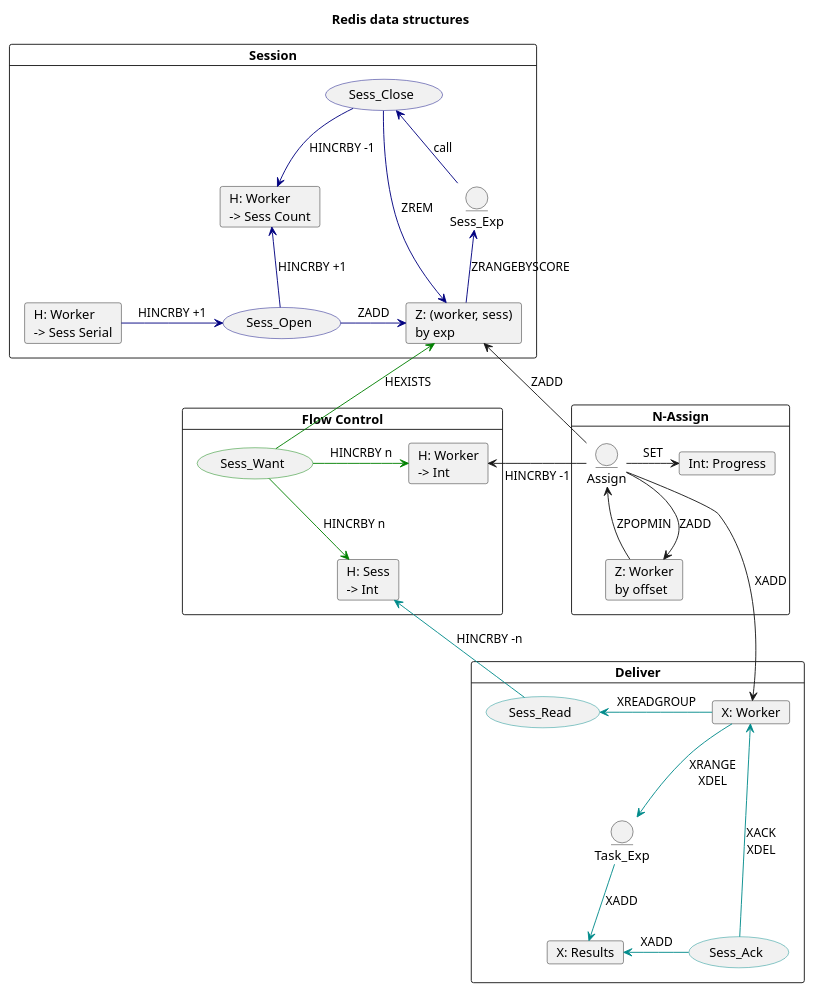
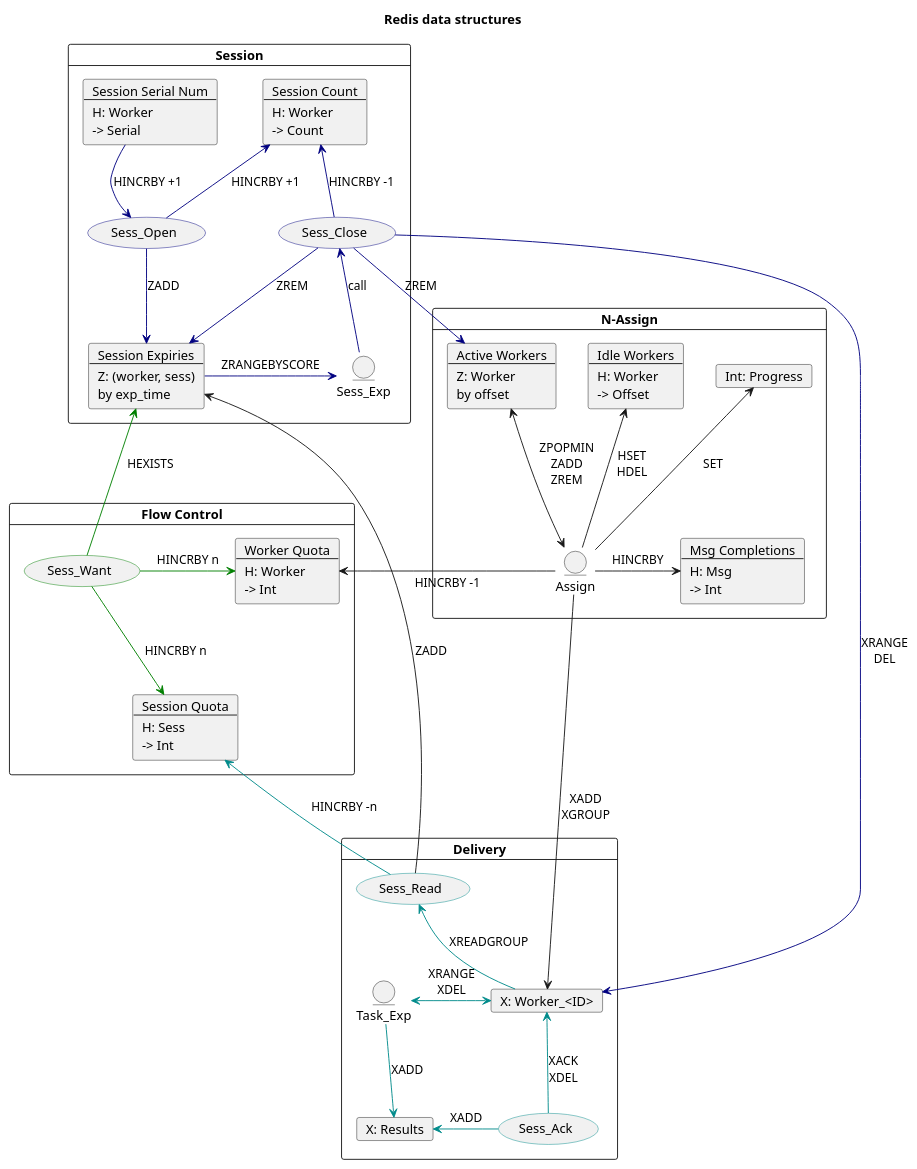
Before and after one commit to od2/hive: the diagram in docs/redis_keys.puml, drawn with PlantUML. The commit also changed 14 other files, not shown here.

```diff
--- a/docs/redis_keys.puml
+++ b/docs/redis_keys.puml
@@ -1,94 +1,126 @@
 @startuml
 
 title Redis data structures
 
 hide stereotype
 skinparam usecase {
   BorderColor<<Session>> Navy
   BorderColor<<Flow>> Green
   BorderColor<<Deliver>> DarkCyan
 }
 
 card Session {
   card H_Sess_Serial [
+    Session Serial Num
+    ---
     H: Worker
-    -> Sess Serial
+    -> Serial
   ]
   card H_Sess_Count [
+    Session Count
+    ---
     H: Worker
-    -> Sess Count
+    -> Count
   ]
   card Z_Sess_Exp [
+    Session Expiries
+    ---
     Z: (worker, sess)
-    by exp
+    by exp_time
   ]
 
   usecase Sess_Open <<Session>>
   usecase Sess_Close <<Session>>
   entity Sess_Exp <<Session>>
 
-  H_Sess_Serial -[#Navy]> Sess_Open: HINCRBY +1
+  H_Sess_Serial --[#Navy]> Sess_Open: HINCRBY +1
   H_Sess_Count <-[#Navy]- Sess_Open: HINCRBY +1
   Sess_Open -[#Navy]> Z_Sess_Exp: ZADD
-  Sess_Close --[#Navy]> Z_Sess_Exp: ZREM
-  Sess_Close --[#Navy]> H_Sess_Count: HINCRBY -1
-  Sess_Exp <-[#Navy]- Z_Sess_Exp: ZRANGEBYSCORE
+  Sess_Close -[#Navy]> Z_Sess_Exp: ZREM
+  H_Sess_Count <-[#Navy]- Sess_Close: HINCRBY -1
+  Sess_Exp <-[#Navy] Z_Sess_Exp: ZRANGEBYSCORE
   Sess_Close <-[#Navy]- Sess_Exp: call
 }
 
 card "Flow Control" {
   card H_Sess_Quota [
+    Session Quota
+    ---
     H: Sess
     -> Int
   ]
   card H_Worker_Quota [
+    Worker Quota
+    ---
     H: Worker
     -> Int
   ]
 
   usecase Sess_Want <<Flow>>
+
+  Sess_Want --[#Green]> H_Sess_Quota: HINCRBY n
+  Sess_Want -[#Green]> H_Worker_Quota: HINCRBY n
 }
 
-card "N-Assign" {
+card "N-Assign" as NAssign {
   card "Int: Progress" as INT_Progress
+  card H_Msg_Count [
+    Msg Completions
+    ---
+    H: Msg
+    -> Int
+  ]
   card Z_Worker_Offset [
+    Active Workers
+    ---
     Z: Worker
     by offset
   ]
+  card H_Worker_Offset [
+    Idle Workers
+    ---
+    H: Worker
+    -> Offset
+  ]
 
   entity Assign
+
+  Assign -> H_Msg_Count: HINCRBY
+  Z_Worker_Offset <--> Assign: ZPOPMIN\nZADD\nZREM
+  H_Worker_Offset <-- Assign: HSET\nHDEL
+  INT_Progress <-- Assign : SET
+
+  Z_Worker_Offset -[hidden]> H_Worker_Offset
+  H_Worker_Offset -[hidden]> INT_Progress
 }
 
-card Deliver {
-  card "X: Worker" as X_Worker
+card Delivery {
+  card "X: Worker_<ID>" as X_Worker
   card "X: Results" as X_Results
 
   usecase Sess_Read <<Deliver>>
   entity Task_Exp <<Deliver>>
   usecase Sess_Ack <<Deliver>>
+
+  Sess_Read <-[#DarkCyan]- X_Worker: XREADGROUP
+  X_Worker <-[#DarkCyan]> Task_Exp : XRANGE\nXDEL
+  Task_Exp -[#DarkCyan]-> X_Results: XADD
+  X_Worker <-[#DarkCyan] Sess_Ack: XACK\nXDEL
+  Sess_Ack -[#DarkCyan]> X_Results: XADD
+  Sess_Read -[hidden]-> Task_Exp
+  Task_Exp -[hidden]-> Sess_Ack
 }
 
 Z_Sess_Exp <-[#Green]- Sess_Want: HEXISTS
-Sess_Want --[#Green]> H_Sess_Quota: HINCRBY n
-Sess_Want -[#Green]> H_Worker_Quota: HINCRBY n
 
-Assign <-- Z_Worker_Offset: ZPOPMIN
-Assign --> Z_Worker_Offset: ZADD
-Assign --> X_Worker: XADD
+Assign --> X_Worker: XADD\nXGROUP
 H_Worker_Quota <- Assign: HINCRBY -1
-Assign -> INT_Progress: SET
-Z_Sess_Exp <-- Assign: ZADD
+Z_Sess_Exp <-- Sess_Read: ZADD
 
-X_Worker -[#DarkCyan]> Sess_Read: XREADGROUP
 H_Sess_Quota <-[#DarkCyan]- Sess_Read: HINCRBY -n
 
-X_Worker -[#DarkCyan]> Task_Exp : XRANGE\nXDEL
-Task_Exp -[#DarkCyan]-> X_Results: XADD
+Sess_Close -[#Navy]> Z_Worker_Offset: ZREM
 
-X_Worker <-[#DarkCyan] Sess_Ack: XACK\nXDEL
-Sess_Ack -[#DarkCyan]> X_Results: XADD
-
-Sess_Read -[hidden]-> Task_Exp
-Task_Exp -[hidden]-> Sess_Ack
+Sess_Close -[#Navy]> X_Worker: XRANGE\nDEL
 
 @enduml
```
